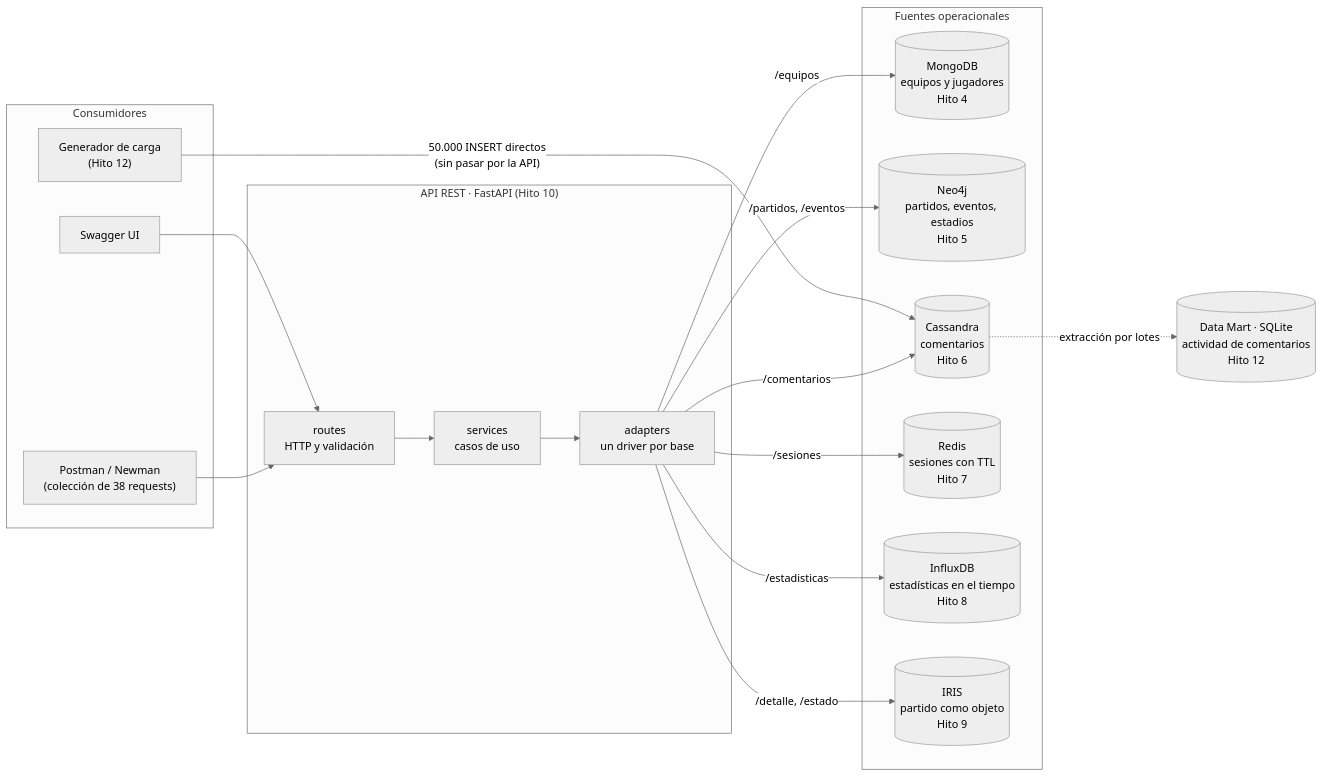
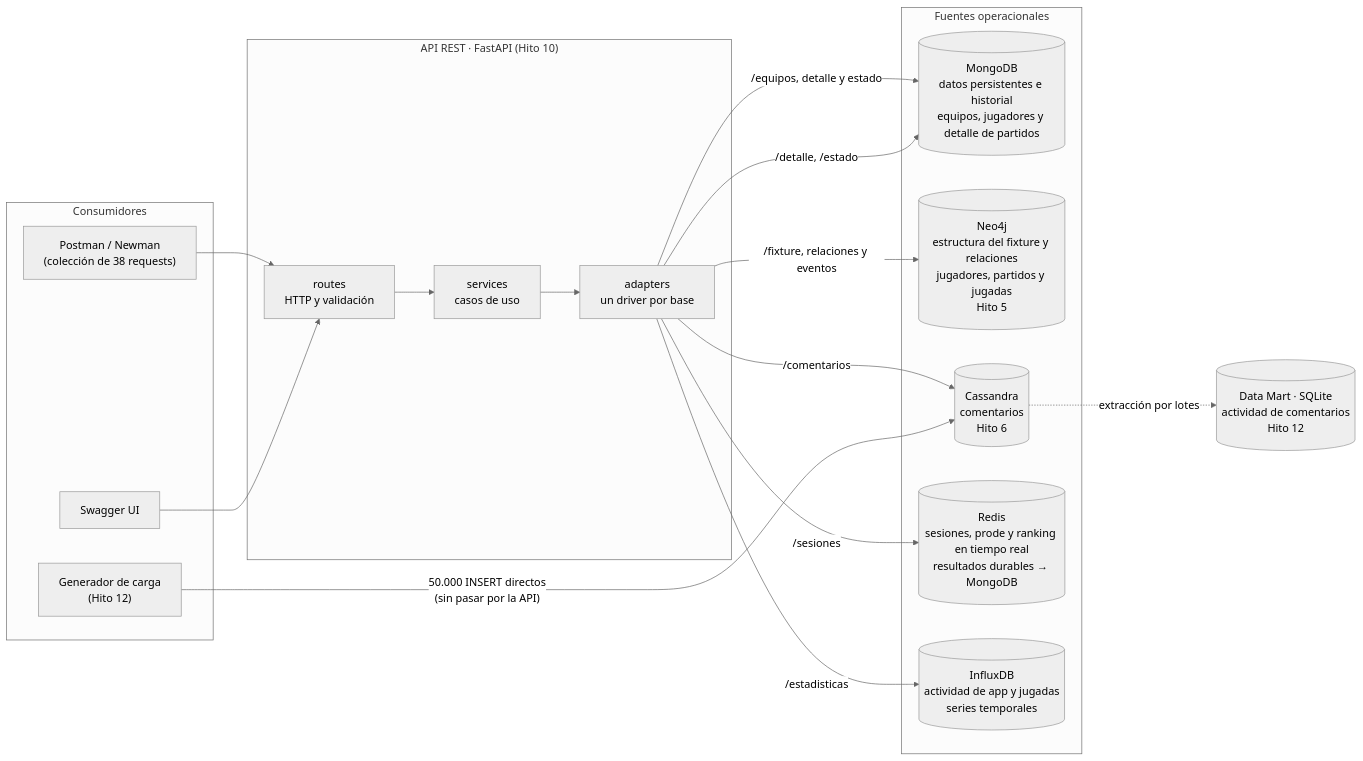
One commit to tomaszeppo/Grupo16_BD2_repo changed the first of 3 diagrams in arquitectura-mvp.md. Above: the diagram before and after it, drawn with Mermaid (neutral theme). The commit also changed 97 other files, not shown here.

First line of the commit message:
retirar Iris y redistribuir responsabilidades de datos

````diff
--- a/arquitectura-mvp.md
+++ b/arquitectura-mvp.md
@@ -9,37 +9,36 @@
 ```mermaid
 flowchart LR
     subgraph clientes["Consumidores"]
         postman["Postman / Newman<br/>(colección de 38 requests)"]
         swagger["Swagger UI"]
         carga["Generador de carga<br/>(Hito 12)"]
     end
 
     subgraph api["API REST · FastAPI (Hito 10)"]
         rutas["routes<br/>HTTP y validación"]
         servicios["services<br/>casos de uso"]
         adaptadores["adapters<br/>un driver por base"]
         rutas --> servicios --> adaptadores
     end
 
     subgraph bases["Fuentes operacionales"]
-        mongo[("MongoDB<br/>equipos y jugadores<br/>Hito 4")]
-        neo4j[("Neo4j<br/>partidos, eventos, estadios<br/>Hito 5")]
+        mongo[("MongoDB<br/>datos persistentes e historial<br/>equipos, jugadores y detalle de partidos")]
+        neo4j[("Neo4j<br/>estructura del fixture y relaciones<br/>jugadores, partidos y jugadas<br/>Hito 5")]
         cassandra[("Cassandra<br/>comentarios<br/>Hito 6")]
-        redis[("Redis<br/>sesiones con TTL<br/>Hito 7")]
-        influx[("InfluxDB<br/>estadísticas en el tiempo<br/>Hito 8")]
-        iris[("IRIS<br/>partido como objeto<br/>Hito 9")]
+        redis[("Redis<br/>sesiones, prode y ranking en tiempo real<br/>resultados durables → MongoDB")]
+        influx[("InfluxDB<br/>actividad de app y jugadas<br/>series temporales")]
     end
 
     datamart[("Data Mart · SQLite<br/>actividad de comentarios<br/>Hito 12")]
 
     postman --> rutas
     swagger --> rutas
-    adaptadores -- "/equipos" --> mongo
-    adaptadores -- "/partidos, /eventos" --> neo4j
+    adaptadores -- "/equipos, detalle y estado" --> mongo
+    adaptadores -- "/fixture, relaciones y eventos" --> neo4j
     adaptadores -- "/comentarios" --> cassandra
     adaptadores -- "/sesiones" --> redis
     adaptadores -- "/estadisticas" --> influx
-    adaptadores -- "/detalle, /estado" --> iris
+    adaptadores -- "/detalle, /estado" --> mongo
     carga -- "50.000 INSERT directos<br/>(sin pasar por la API)" --> cassandra
     cassandra -. "extracción por lotes" .-> datamart
 ```
````
